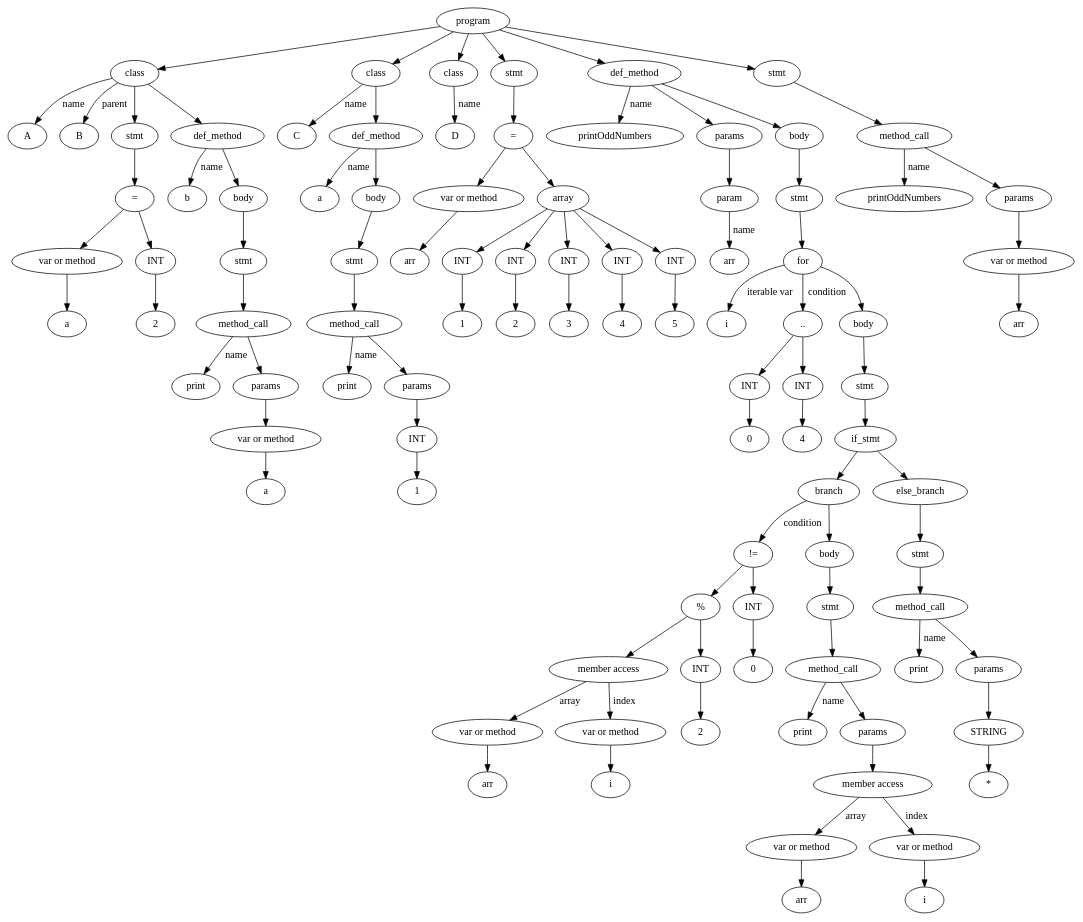
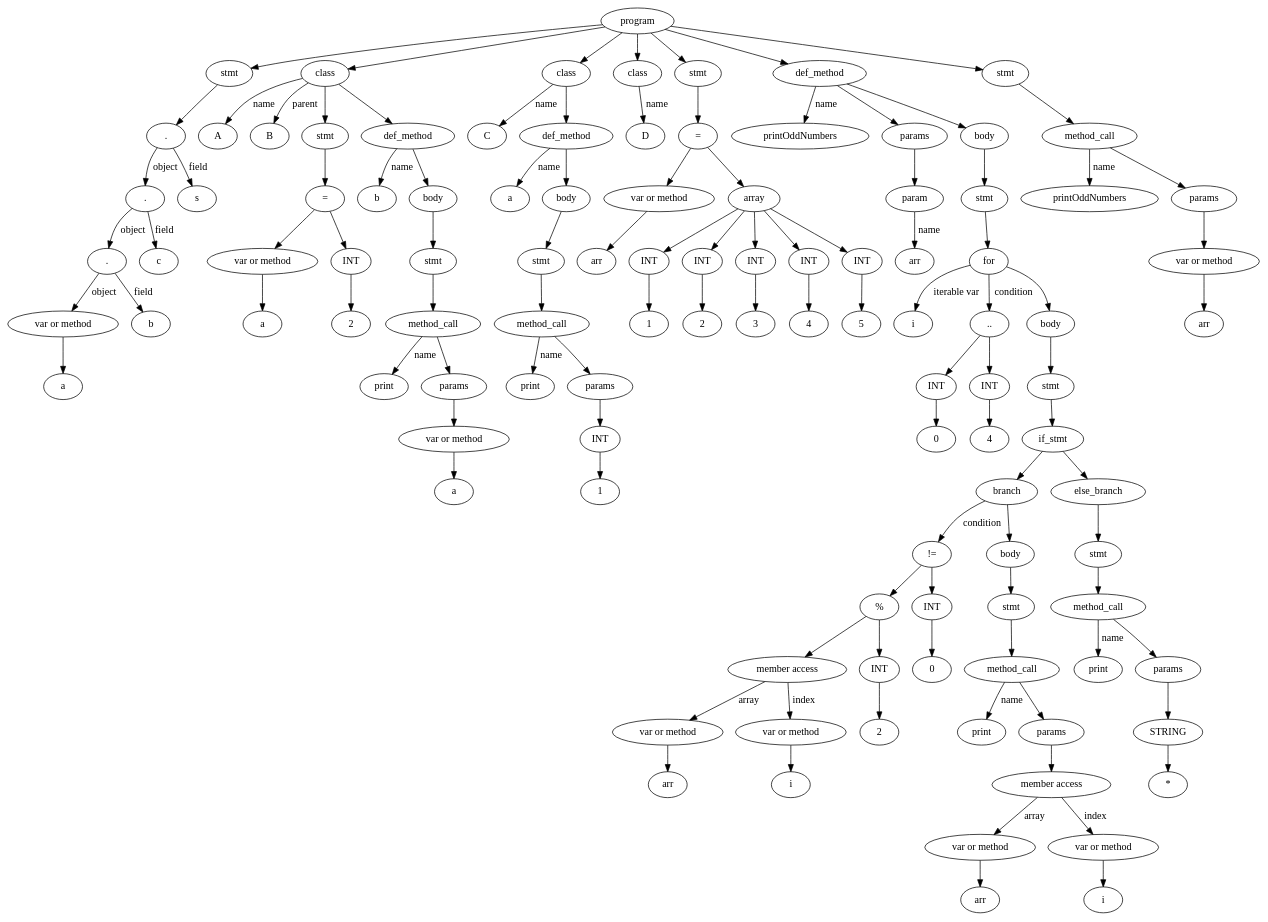
The diagram in RubyCompiler/tree.dot (vitek999/ruby_compiler), drawn with Graphviz before and after one commit. The commit also changed 9 other files, not shown here.

```diff
--- a/RubyCompiler/tree.dot
+++ b/RubyCompiler/tree.dot
@@ -1,199 +1,214 @@
 digraph G {
-Id00C435D0 [label="program"]
-Id00C3CA00 [label="class"]
-IdName00C3CA00 [label="A"]
-Id00C3CA00->IdName00C3CA00 [label="name"]
-IdParent00C3CA00 [label="B"]
-Id00C3CA00->IdParent00C3CA00 [label="parent"]
-Id00C42708 [label="stmt"]
-Id00C3C778 [label="="]
-Id00C3C6D8 [label="var or method"]
-IdVal00C3C6D8 [label="a"]
-Id00C3C6D8->IdVal00C3C6D8
-Id00C3C728 [label="INT"]
-IdVal00C3C728 [label="2"]
-Id00C3C728->IdVal00C3C728
-Id00C3C778->Id00C3C6D8
-Id00C3C778->Id00C3C728
-Id00C42708->Id00C3C778
-Id00C3CA00->Id00C42708
-Id00C3C948 [label="def_method"]
-IdName00C3C948 [label="b"]
-Id00C3C948->IdName00C3C948 [label = "name"]
-Id00C3C910 [label="body"]
-Id00C422F8 [label="stmt"]
-Id00C42078 [label="method_call"]
-IdMethodNameVal00C42078 [label="print"]
-Id00C42078->IdMethodNameVal00C42078 [label="name"]
-Id00C3C8D8 [label="params"]
-Id00C42078->Id00C3C8D8
-Id00C426B8 [label="var or method"]
-IdVal00C426B8 [label="a"]
-Id00C426B8->IdVal00C426B8
-Id00C3C8D8->Id00C426B8
-Id00C422F8->Id00C42078
-Id00C3C910->Id00C422F8
-Id00C3C948->Id00C3C910
-Id00C3CA00->Id00C3C948
-Id00C435D0->Id00C3CA00
-Id00C42DC0 [label="class"]
-IdName00C42DC0 [label="C"]
-Id00C42DC0->IdName00C42DC0 [label="name"]
-Id00C43098 [label="def_method"]
-IdName00C43098 [label="a"]
-Id00C43098->IdName00C43098 [label = "name"]
-Id00C43060 [label="body"]
-Id00C42758 [label="stmt"]
-Id00C42488 [label="method_call"]
-IdMethodNameVal00C42488 [label="print"]
-Id00C42488->IdMethodNameVal00C42488 [label="name"]
-Id00C42D28 [label="params"]
-Id00C42488->Id00C42D28
-Id00C42258 [label="INT"]
-IdVal00C42258 [label="1"]
-Id00C42258->IdVal00C42258
-Id00C42D28->Id00C42258
-Id00C42758->Id00C42488
-Id00C43060->Id00C42758
-Id00C43098->Id00C43060
-Id00C42DC0->Id00C43098
-Id00C435D0->Id00C42DC0
-Id00C43028 [label="class"]
-IdName00C43028 [label="D"]
-Id00C43028->IdName00C43028 [label="name"]
-Id00C435D0->Id00C43028
-Id00C424D8 [label="stmt"]
-Id00C42578 [label="="]
-Id00C425C8 [label="var or method"]
-IdVal00C425C8 [label="arr"]
-Id00C425C8->IdVal00C425C8
-Id00C42528 [label = "array"]
-Id00C42118 [label="INT"]
-IdVal00C42118 [label="1"]
-Id00C42118->IdVal00C42118
-Id00C42528->Id00C42118
-Id00C42168 [label="INT"]
-IdVal00C42168 [label="2"]
-Id00C42168->IdVal00C42168
-Id00C42528->Id00C42168
-Id00C42618 [label="INT"]
-IdVal00C42618 [label="3"]
-Id00C42618->IdVal00C42618
-Id00C42528->Id00C42618
-Id00C420C8 [label="INT"]
-IdVal00C420C8 [label="4"]
-Id00C420C8->IdVal00C420C8
-Id00C42528->Id00C420C8
-Id00C421B8 [label="INT"]
-IdVal00C421B8 [label="5"]
-Id00C421B8->IdVal00C421B8
-Id00C42528->Id00C421B8
-Id00C42578->Id00C425C8
-Id00C42578->Id00C42528
-Id00C424D8->Id00C42578
-Id00C435D0->Id00C424D8
-Id00C44AB8 [label="def_method"]
-IdName00C44AB8 [label="printOddNumbers"]
-Id00C44AB8->IdName00C44AB8 [label = "name"]
-Id00C42ED8 [label="params"]
-Id00C43108 [label="param"]
-Id00C42ED8->Id00C43108
-IdNameVal00C43108 [label="arr"]
-Id00C43108->IdNameVal00C43108 [label="name"]
-Id00C44AB8->Id00C42ED8
-Id00C44C08 [label="body"]
-Id00C43E80 [label="stmt"]
-Id00C44C40 [label="for"]
-IdItersName00C44C40 [label="i"]
-Id00C44C40->IdItersName00C44C40  [label="iterable var"]
-Id00C42348 [label=".."]
-Id00C42208 [label="INT"]
-IdVal00C42208 [label="0"]
-Id00C42208->IdVal00C42208
-Id00C422A8 [label="INT"]
-IdVal00C422A8 [label="4"]
-Id00C422A8->IdVal00C422A8
-Id00C42348->Id00C42208
-Id00C42348->Id00C422A8
-Id00C44C40->Id00C42348  [label="condition"]
-IdBody00C44C40 [label="body"]
-Id00C43890 [label="stmt"]
-Id00C42F80 [label="if_stmt"]
-Id00C42F48 [label="branch"]
-Id00C43C00 [label="!="]
-Id00C427A8 [label="%"]
-Id00C42668 [label = "member access"]
-Id00C42398 [label="var or method"]
-IdVal00C42398 [label="arr"]
-Id00C42398->IdVal00C42398
-Id00C423E8 [label="var or method"]
-IdVal00C423E8 [label="i"]
-Id00C423E8->IdVal00C423E8
-Id00C42668->Id00C42398 [label = "array"]
-Id00C42668->Id00C423E8 [label = "index"]
-Id00C42438 [label="INT"]
-IdVal00C42438 [label="2"]
-Id00C42438->IdVal00C42438
-Id00C427A8->Id00C42668
-Id00C427A8->Id00C42438
-Id00C427F8 [label="INT"]
-IdVal00C427F8 [label="0"]
-Id00C427F8->IdVal00C427F8
-Id00C43C00->Id00C427A8
-Id00C43C00->Id00C427F8
-Id00C42F48->Id00C43C00  [label="condition"]
-IdBody00C42F48 [label="body"]
-Id00C438E0 [label="stmt"]
-Id00C43CA0 [label="method_call"]
-IdMethodNameVal00C43CA0 [label="print"]
-Id00C43CA0->IdMethodNameVal00C43CA0 [label="name"]
-Id00C42EA0 [label="params"]
-Id00C43CA0->Id00C42EA0
-Id00C43A20 [label = "member access"]
-Id00C43E30 [label="var or method"]
-IdVal00C43E30 [label="arr"]
-Id00C43E30->IdVal00C43E30
-Id00C44100 [label="var or method"]
-IdVal00C44100 [label="i"]
-Id00C44100->IdVal00C44100
-Id00C43A20->Id00C43E30 [label = "array"]
-Id00C43A20->Id00C44100 [label = "index"]
-Id00C42EA0->Id00C43A20
-Id00C438E0->Id00C43CA0
-IdBody00C42F48->Id00C438E0
-Id00C42F48->IdBody00C42F48
-Id00C42F80->Id00C42F48
-IdElse00C42FF0 [label="else_branch"]
-Id00C43CF0 [label="stmt"]
-Id00C43B60 [label="method_call"]
-IdMethodNameVal00C43B60 [label="print"]
-Id00C43B60->IdMethodNameVal00C43B60 [label="name"]
-Id00C42E30 [label="params"]
-Id00C43B60->Id00C42E30
-Id00C44150 [label="STRING"]
-IdVal00C44150 [label="*"]
-Id00C44150->IdVal00C44150
-Id00C42E30->Id00C44150
-Id00C43CF0->Id00C43B60
-IdElse00C42FF0->Id00C43CF0
-Id00C42F80->IdElse00C42FF0
-Id00C43890->Id00C42F80
-IdBody00C44C40->Id00C43890
-Id00C44C40->IdBody00C44C40
-Id00C43E80->Id00C44C40
-Id00C44C08->Id00C43E80
-Id00C44AB8->Id00C44C08
-Id00C435D0->Id00C44AB8
-Id00C43A70 [label="stmt"]
-Id00C43D40 [label="method_call"]
-IdMethodNameVal00C43D40 [label="printOddNumbers"]
-Id00C43D40->IdMethodNameVal00C43D40 [label="name"]
-Id00C44D90 [label="params"]
-Id00C43D40->Id00C44D90
-Id00C43980 [label="var or method"]
-IdVal00C43980 [label="arr"]
-Id00C43980->IdVal00C43980
-Id00C44D90->Id00C43980
-Id00C43A70->Id00C43D40
-Id00C435D0->Id00C43A70
+Id00823590 [label="program"]
+Id008224C0 [label="stmt"]
+Id00819A88 [label="."]Id00819A08 [label="."]Id00819988 [label="."]Id00819908 [label="var or method"]
+IdVal00819908 [label="a"]
+Id00819908->IdVal00819908
+Id00819988->Id00819908 [label = "object"]
+Id00819958 [label = "b"]
+Id00819988->Id00819958 [label = "field"]
+Id00819A08->Id00819988 [label = "object"]
+Id008199D8 [label = "c"]
+Id00819A08->Id008199D8 [label = "field"]
+Id00819A88->Id00819A08 [label = "object"]
+Id00819A58 [label = "s"]
+Id00819A88->Id00819A58 [label = "field"]
+Id008224C0->Id00819A88
+Id00823590->Id008224C0
+Id00822D98 [label="class"]
+IdName00822D98 [label="A"]
+Id00822D98->IdName00822D98 [label="name"]
+IdParent00822D98 [label="B"]
+Id00822D98->IdParent00822D98 [label="parent"]
+Id008221A0 [label="stmt"]
+Id00822600 [label="="]
+Id00822240 [label="var or method"]
+IdVal00822240 [label="a"]
+Id00822240->IdVal00822240
+Id008225B0 [label="INT"]
+IdVal008225B0 [label="2"]
+Id008225B0->IdVal008225B0
+Id00822600->Id00822240
+Id00822600->Id008225B0
+Id008221A0->Id00822600
+Id00822D98->Id008221A0
+Id00822CE0 [label="def_method"]
+IdName00822CE0 [label="b"]
+Id00822CE0->IdName00822CE0 [label = "name"]
+Id00822CA8 [label="body"]
+Id00822150 [label="stmt"]
+Id008221F0 [label="method_call"]
+IdMethodNameVal008221F0 [label="print"]
+Id008221F0->IdMethodNameVal008221F0 [label="name"]
+Id00822C70 [label="params"]
+Id008221F0->Id00822C70
+Id00822510 [label="var or method"]
+IdVal00822510 [label="a"]
+Id00822510->IdVal00822510
+Id00822C70->Id00822510
+Id00822150->Id008221F0
+Id00822CA8->Id00822150
+Id00822CE0->Id00822CA8
+Id00822D98->Id00822CE0
+Id00823590->Id00822D98
+Id00822FA8 [label="class"]
+IdName00822FA8 [label="C"]
+Id00822FA8->IdName00822FA8 [label="name"]
+Id00822FE0 [label="def_method"]
+IdName00822FE0 [label="a"]
+Id00822FE0->IdName00822FE0 [label = "name"]
+Id00822EC8 [label="body"]
+Id00822380 [label="stmt"]
+Id00822290 [label="method_call"]
+IdMethodNameVal00822290 [label="print"]
+Id00822290->IdMethodNameVal00822290 [label="name"]
+Id00822E68 [label="params"]
+Id00822290->Id00822E68
+Id00822060 [label="INT"]
+IdVal00822060 [label="1"]
+Id00822060->IdVal00822060
+Id00822E68->Id00822060
+Id00822380->Id00822290
+Id00822EC8->Id00822380
+Id00822FE0->Id00822EC8
+Id00822FA8->Id00822FE0
+Id00823590->Id00822FA8
+Id00823018 [label="class"]
+IdName00823018 [label="D"]
+Id00823018->IdName00823018 [label="name"]
+Id00823590->Id00823018
+Id008226F0 [label="stmt"]
+Id00822560 [label="="]
+Id008220B0 [label="var or method"]
+IdVal008220B0 [label="arr"]
+Id008220B0->IdVal008220B0
+Id008226A0 [label = "array"]
+Id00822330 [label="INT"]
+IdVal00822330 [label="1"]
+Id00822330->IdVal00822330
+Id008226A0->Id00822330
+Id00822100 [label="INT"]
+IdVal00822100 [label="2"]
+Id00822100->IdVal00822100
+Id008226A0->Id00822100
+Id008222E0 [label="INT"]
+IdVal008222E0 [label="3"]
+Id008222E0->IdVal008222E0
+Id008226A0->Id008222E0
+Id00822650 [label="INT"]
+IdVal00822650 [label="4"]
+Id00822650->IdVal00822650
+Id008226A0->Id00822650
+Id008223D0 [label="INT"]
+IdVal008223D0 [label="5"]
+Id008223D0->IdVal008223D0
+Id008226A0->Id008223D0
+Id00822560->Id008220B0
+Id00822560->Id008226A0
+Id008226F0->Id00822560
+Id00823590->Id008226F0
+Id00824B38 [label="def_method"]
+IdName00824B38 [label="printOddNumbers"]
+Id00824B38->IdName00824B38 [label = "name"]
+Id00823088 [label="params"]
+Id00823210 [label="param"]
+Id00823088->Id00823210
+IdNameVal00823210 [label="arr"]
+Id00823210->IdNameVal00823210 [label="name"]
+Id00824B38->Id00823088
+Id00824AC8 [label="body"]
+Id00823FA0 [label="stmt"]
+Id00824898 [label="for"]
+IdItersName00824898 [label="i"]
+Id00824898->IdItersName00824898  [label="iterable var"]
+Id00822470 [label=".."]
+Id00822420 [label="INT"]
+IdVal00822420 [label="0"]
+Id00822420->IdVal00822420
+Id00822740 [label="INT"]
+IdVal00822740 [label="4"]
+Id00822740->IdVal00822740
+Id00822470->Id00822420
+Id00822470->Id00822740
+Id00824898->Id00822470  [label="condition"]
+IdBody00824898 [label="body"]
+Id00824090 [label="stmt"]
+Id00823130 [label="if_stmt"]
+Id008231D8 [label="branch"]
+Id00823AA0 [label="!="]
+Id008239B0 [label="%"]
+Id00823A50 [label = "member access"]
+Id00821FC0 [label="var or method"]
+IdVal00821FC0 [label="arr"]
+Id00821FC0->IdVal00821FC0
+Id00822010 [label="var or method"]
+IdVal00822010 [label="i"]
+Id00822010->IdVal00822010
+Id00823A50->Id00821FC0 [label = "array"]
+Id00823A50->Id00822010 [label = "index"]
+Id00823A00 [label="INT"]
+IdVal00823A00 [label="2"]
+Id00823A00->IdVal00823A00
+Id008239B0->Id00823A50
+Id008239B0->Id00823A00
+Id008240E0 [label="INT"]
+IdVal008240E0 [label="0"]
+Id008240E0->IdVal008240E0
+Id00823AA0->Id008239B0
+Id00823AA0->Id008240E0
+Id008231D8->Id00823AA0  [label="condition"]
+IdBody008231D8 [label="body"]
+Id00823D70 [label="stmt"]
+Id00823D20 [label="method_call"]
+IdMethodNameVal00823D20 [label="print"]
+Id00823D20->IdMethodNameVal00823D20 [label="name"]
+Id00823168 [label="params"]
+Id00823D20->Id00823168
+Id008241D0 [label = "member access"]
+Id00823CD0 [label="var or method"]
+IdVal00823CD0 [label="arr"]
+Id00823CD0->IdVal00823CD0
+Id00824040 [label="var or method"]
+IdVal00824040 [label="i"]
+Id00824040->IdVal00824040
+Id008241D0->Id00823CD0 [label = "array"]
+Id008241D0->Id00824040 [label = "index"]
+Id00823168->Id008241D0
+Id00823D70->Id00823D20
+IdBody008231D8->Id00823D70
+Id008231D8->IdBody008231D8
+Id00823130->Id008231D8
+IdElse008230F8 [label="else_branch"]
+Id00823910 [label="stmt"]
+Id00823C30 [label="method_call"]
+IdMethodNameVal00823C30 [label="print"]
+Id00823C30->IdMethodNameVal00823C30 [label="name"]
+Id008231A0 [label="params"]
+Id00823C30->Id008231A0
+Id00823AF0 [label="STRING"]
+IdVal00823AF0 [label="*"]
+Id00823AF0->IdVal00823AF0
+Id008231A0->Id00823AF0
+Id00823910->Id00823C30
+IdElse008230F8->Id00823910
+Id00823130->IdElse008230F8
+Id00824090->Id00823130
+IdBody00824898->Id00824090
+Id00824898->IdBody00824898
+Id00823FA0->Id00824898
+Id00824AC8->Id00823FA0
+Id00824B38->Id00824AC8
+Id00823590->Id00824B38
+Id00823F00 [label="stmt"]
+Id00823EB0 [label="method_call"]
+IdMethodNameVal00823EB0 [label="printOddNumbers"]
+Id00823EB0->IdMethodNameVal00823EB0 [label="name"]
+Id00824C88 [label="params"]
+Id00823EB0->Id00824C88
+Id00823C80 [label="var or method"]
+IdVal00823C80 [label="arr"]
+Id00823C80->IdVal00823C80
+Id00824C88->Id00823C80
+Id00823F00->Id00823EB0
+Id00823590->Id00823F00
 }
```
